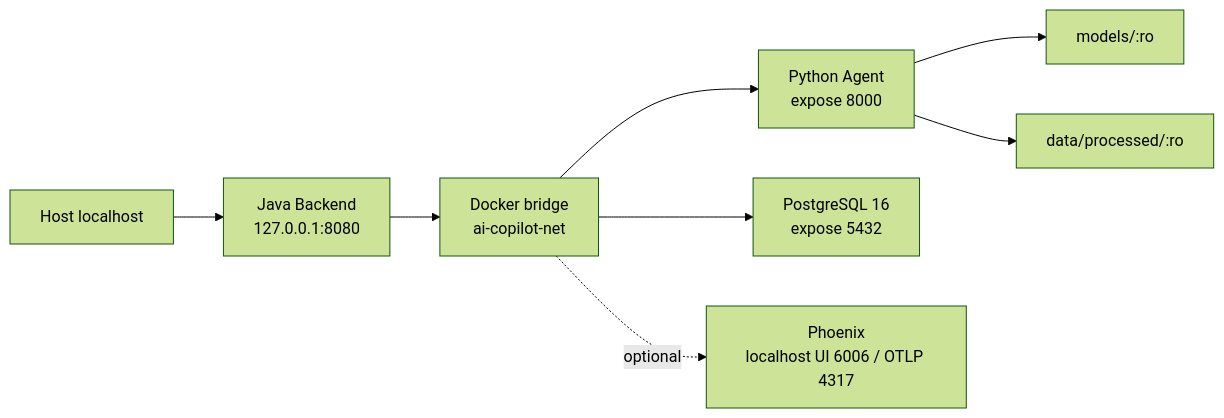
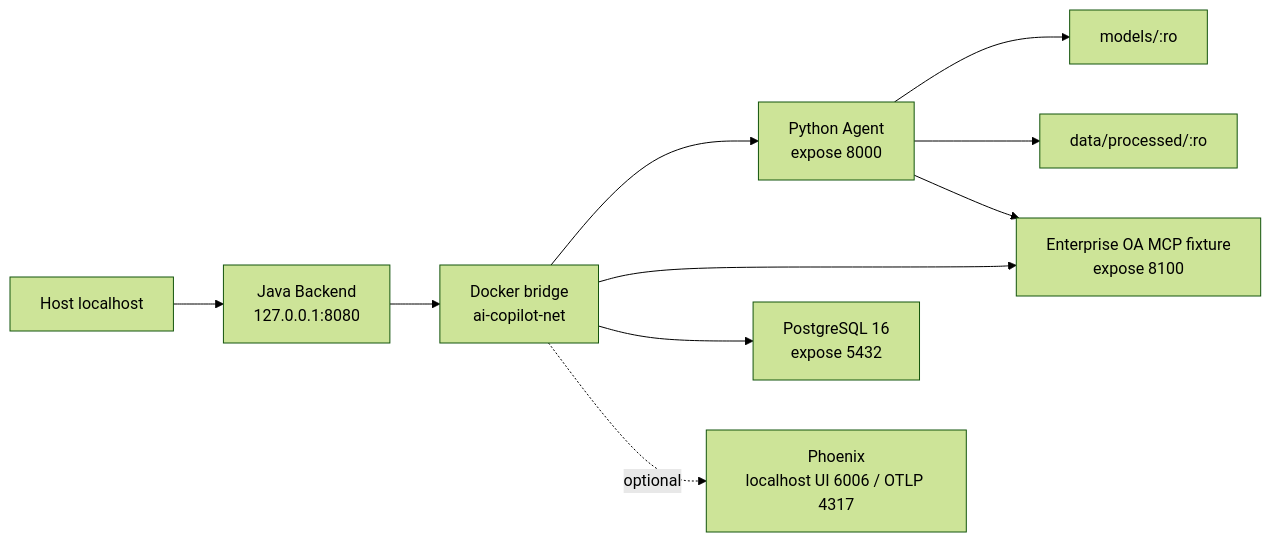
One commit to izz-BLUE/enterprise-ai-copilot changed the second of 2 diagrams in docs/deployment.md. Above: the diagram before and after it, drawn with Mermaid (forest theme). The commit also changed other lines of this file and 3 other files, not shown here.

````diff
--- a/docs/deployment.md
+++ b/docs/deployment.md
@@ -216,10 +220,12 @@
 ```mermaid
 graph LR
     H[Host localhost] --> J[Java Backend<br/>127.0.0.1:8080]
     J --> N[Docker bridge<br/>ai-copilot-net]
     N --> P[Python Agent<br/>expose 8000]
+    N --> OA[Enterprise OA MCP fixture<br/>expose 8100]
     N --> PG[PostgreSQL 16<br/>expose 5432]
     N -. optional .-> PHX[Phoenix<br/>localhost UI 6006 / OTLP 4317]
-    P --> M[models/:ro]
+    P --> MD[models/:ro]
     P --> D[data/processed/:ro]
+    P --> OA
 ```
````
